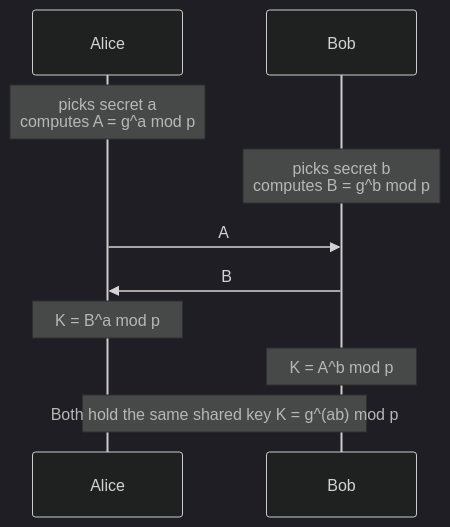
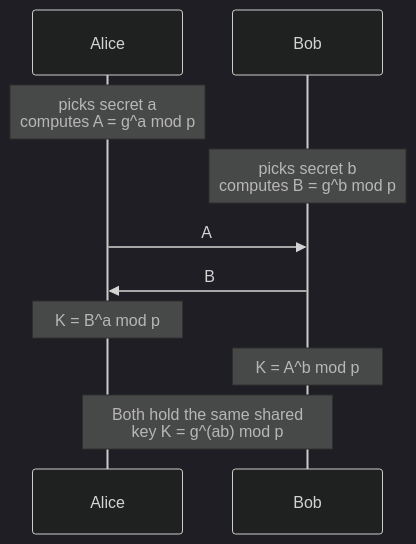
One commit to navid-divan/thimza changed the diagram in docs/Scheme.md. Above: the diagram before and after it, drawn with Mermaid (dark theme).

Commit message:
Fix formatting of shared key note in Scheme.md
Updated shared key note formatting in Scheme.md

````diff
--- a/docs/Scheme.md
+++ b/docs/Scheme.md
@@ -59,12 +59,12 @@
 ```mermaid
 sequenceDiagram
     participant A as Alice
     participant B as Bob
     Note over A: picks secret a<br/>computes A = g^a mod p
     Note over B: picks secret b<br/>computes B = g^b mod p
     A->>B: A
     B->>A: B
     Note over A: K = B^a mod p
     Note over B: K = A^b mod p
-    Note over A,B: Both hold the same shared key K = g^(ab) mod p
+    Note over A,B: Both hold the same shared <br/> key K = g^(ab) mod p
 ```
````
